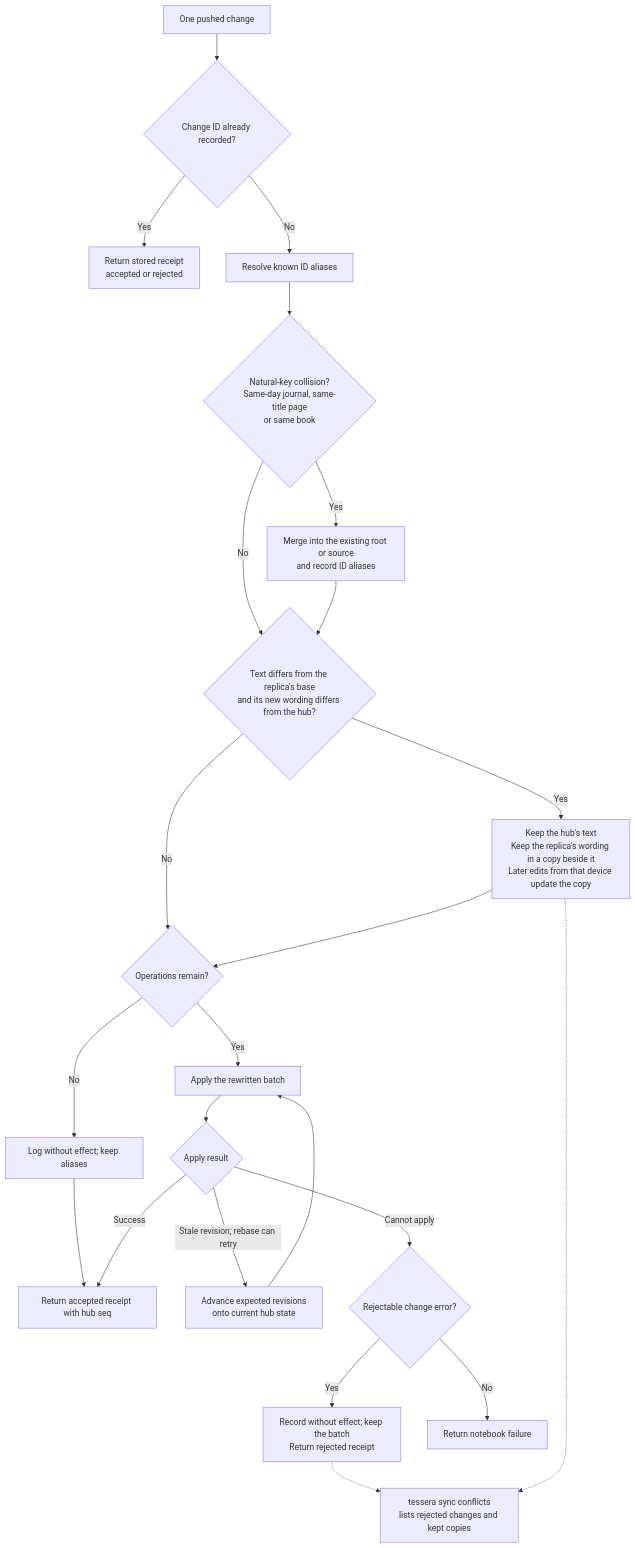
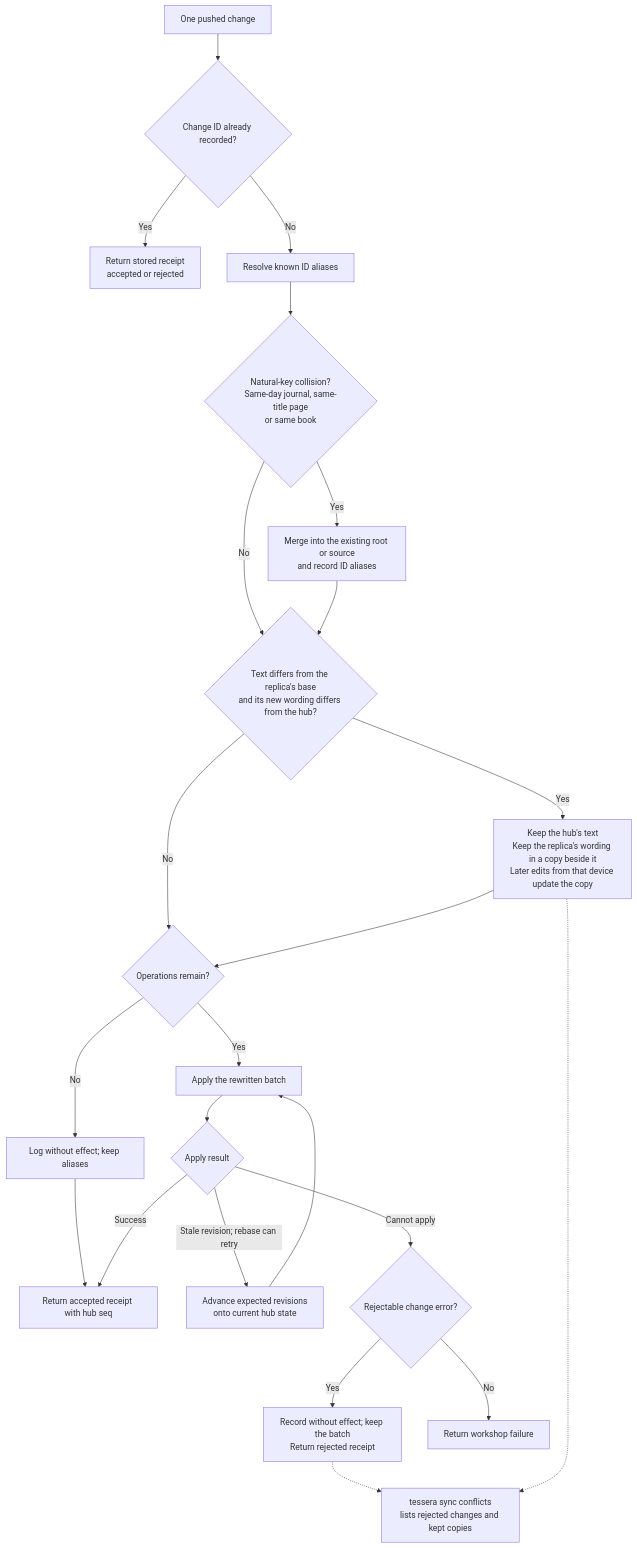
Before and after one commit to solforged/tessera: the second of 2 diagrams in docs/sync.md, drawn with Mermaid. The commit also changed other lines of this file and 112 other files, not shown here.

````diff
--- a/docs/sync.md
+++ b/docs/sync.md
@@ -82,25 +82,25 @@
 ```mermaid
 flowchart TD
     P["One pushed change"] --> I{"Change ID already recorded?"}
     I -->|Yes| R["Return stored receipt<br/>accepted or rejected"]
     I -->|No| K["Resolve known ID aliases"]
     K --> N{"Natural-key collision?<br/>Same-day journal, same-title page<br/>or same book"}
     N -->|Yes| M["Merge into the existing root or source<br/>and record ID aliases"]
     N -->|No| T{"Text differs from the replica's base<br/>and its new wording differs from the hub?"}
     M --> T
     T -->|Yes| C["Keep the hub's text<br/>Keep the replica's wording in a copy beside it<br/>Later edits from that device update the copy"]
     T -->|No| O{"Operations remain?"}
     C --> O
     O -->|No| L["Log without effect; keep aliases"]
     L --> A["Return accepted receipt with hub seq"]
     O -->|Yes| D["Apply the rewritten batch"]
     D --> S{"Apply result"}
     S -->|Success| A
     S -->|Stale revision; rebase can retry| B["Advance expected revisions<br/>onto current hub state"]
     B --> D
     S -->|Cannot apply| E{"Rejectable change error?"}
     E -->|Yes| J["Record without effect; keep the batch<br/>Return rejected receipt"]
-    E -->|No| F["Return notebook failure"]
+    E -->|No| F["Return workshop failure"]
     J -.-> Q["tessera sync conflicts<br/>lists rejected changes and kept copies"]
     C -.-> Q
 ```
````
